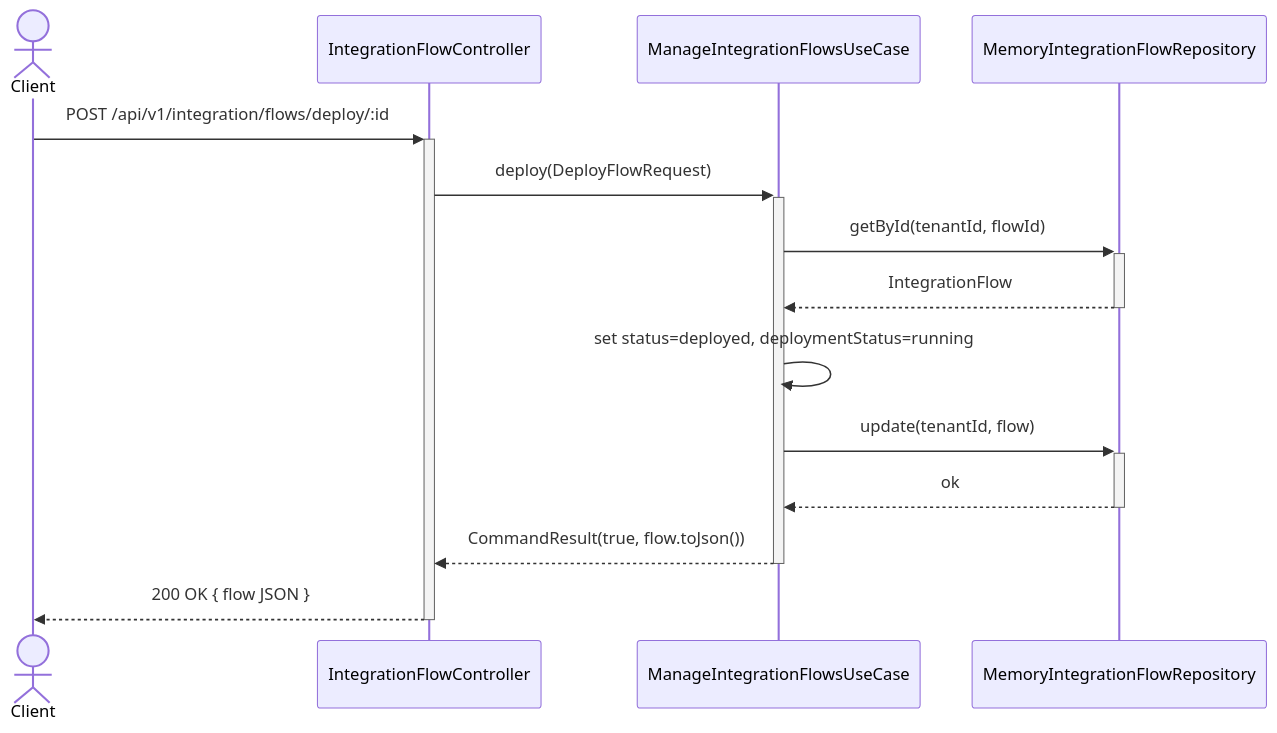
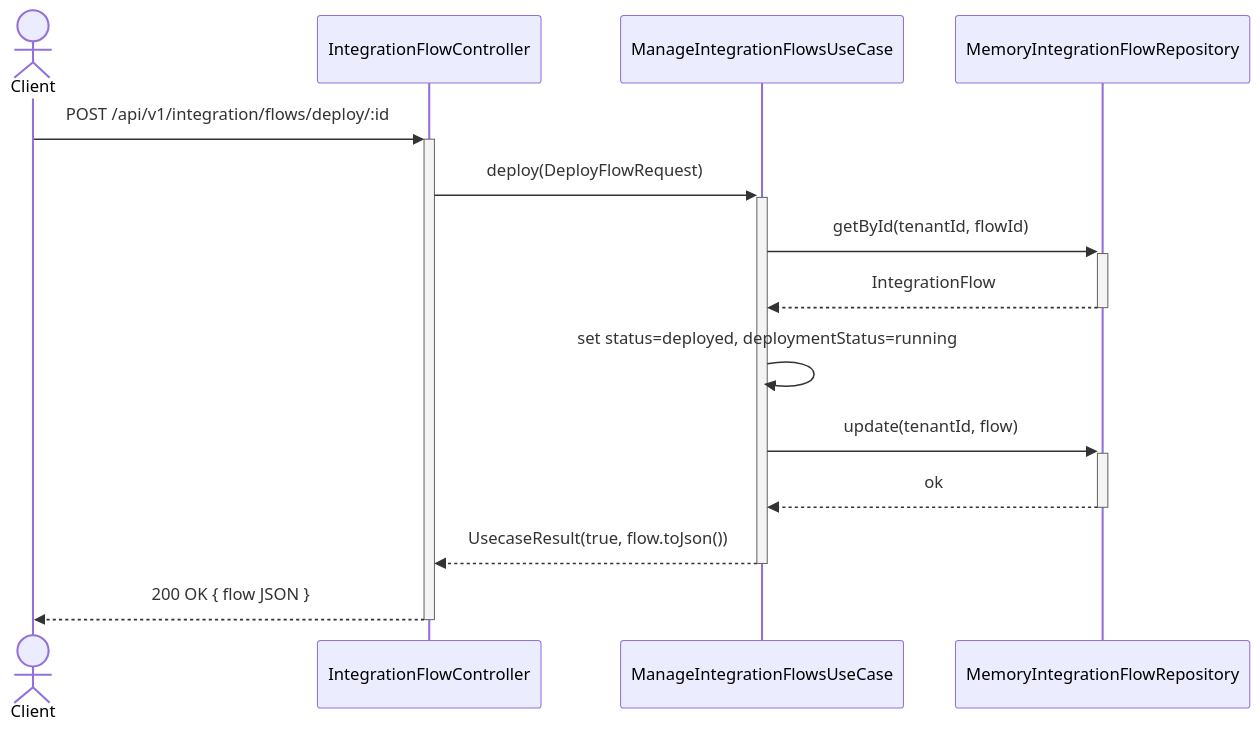
The fourth of 6 diagrams in integration-suite/UML.md (UIMSolutions/uim-platform), drawn with Mermaid before and after one commit. The commit also changed other lines of this file and 907 other files, not shown here.

Commit message:
Rename CommandResult

````diff
--- a/integration-suite/UML.md
+++ b/integration-suite/UML.md
@@ -211,17 +211,17 @@
 ```mermaid
 sequenceDiagram
     actor Client
     participant Controller as IntegrationFlowController
     participant UseCase as ManageIntegrationFlowsUseCase
     participant Repo as MemoryIntegrationFlowRepository
 
     Client->>+Controller: POST /api/v1/integration/flows/deploy/:id
     Controller->>+UseCase: deploy(DeployFlowRequest)
     UseCase->>+Repo: getById(tenantId, flowId)
     Repo-->>-UseCase: IntegrationFlow
     UseCase->>UseCase: set status=deployed, deploymentStatus=running
     UseCase->>+Repo: update(tenantId, flow)
     Repo-->>-UseCase: ok
-    UseCase-->>-Controller: CommandResult(true, flow.toJson())
+    UseCase-->>-Controller: UsecaseResult(true, flow.toJson())
     Controller-->>-Client: 200 OK { flow JSON }
 ```
````
